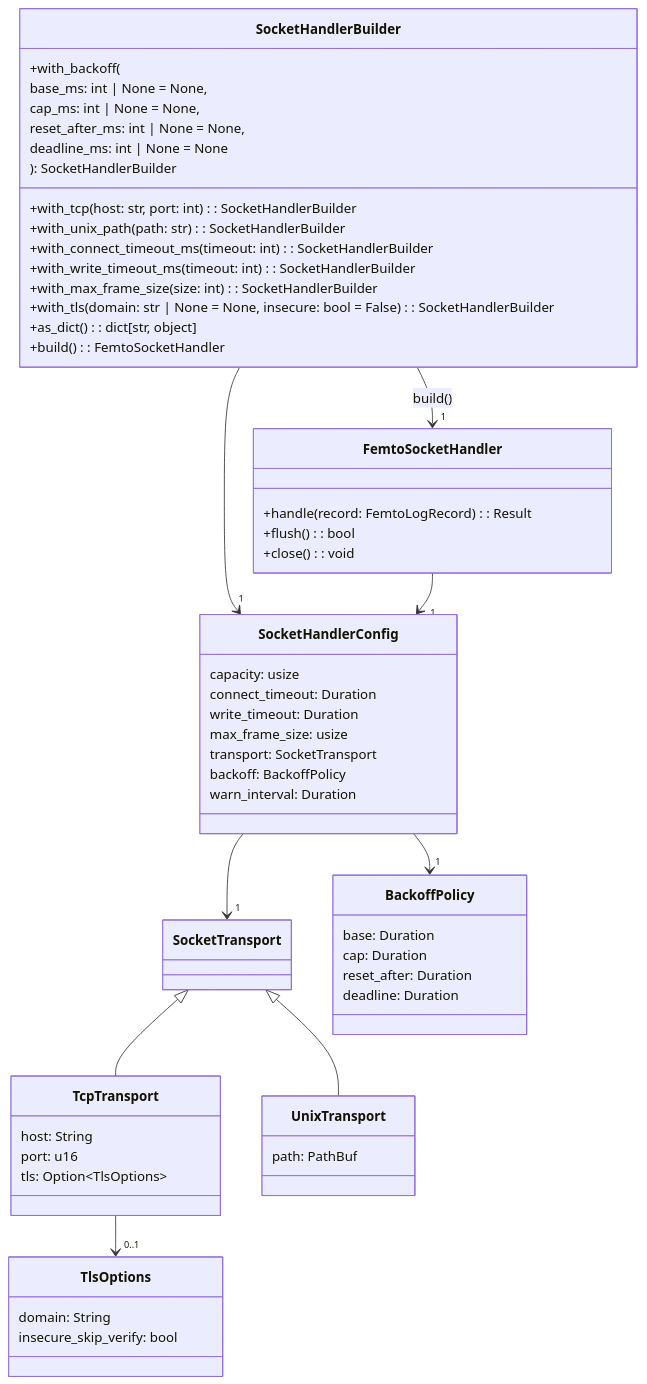
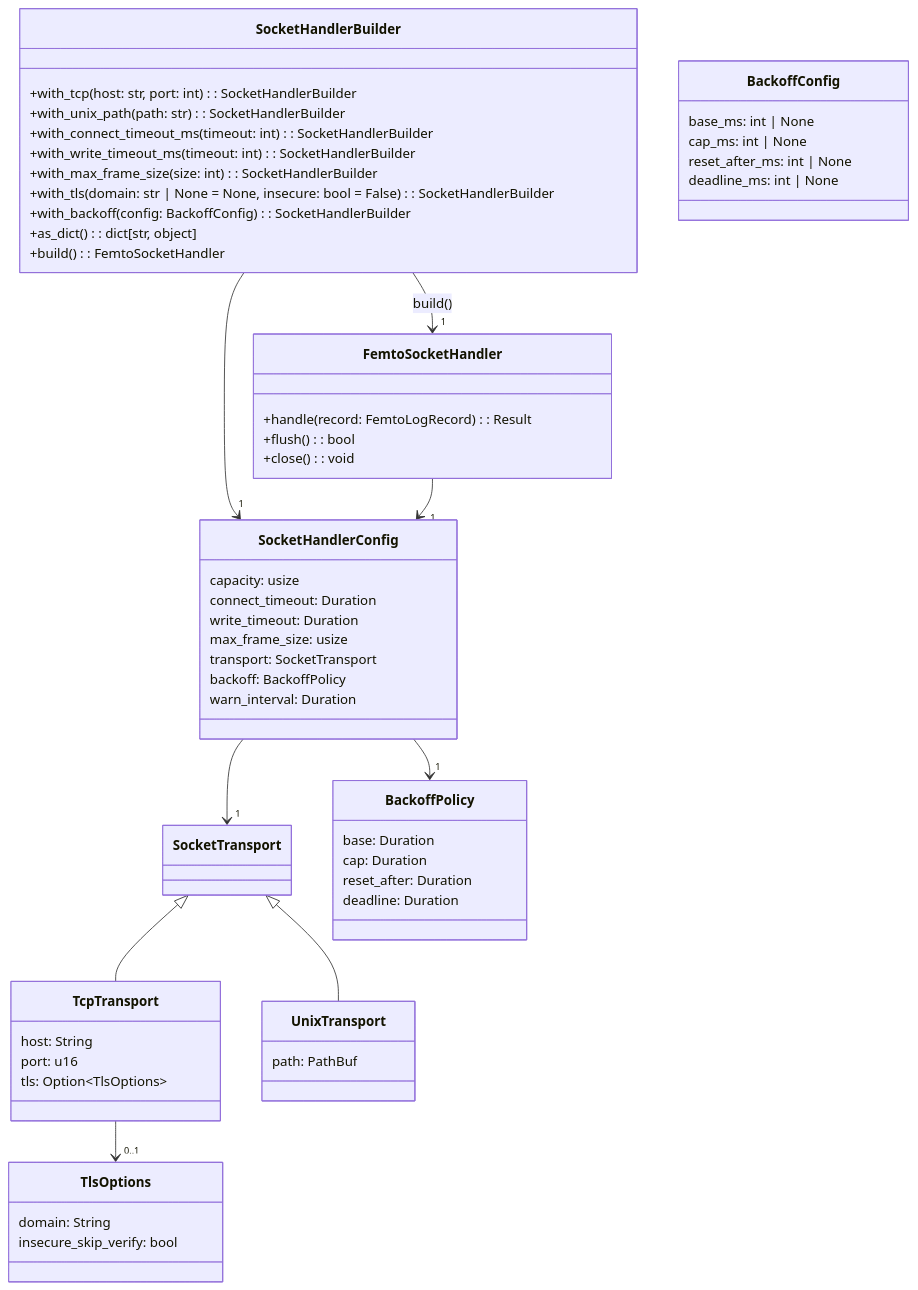
One commit to leynos/femtologging changed the first of 5 diagrams in docs/rust-multithreaded-logging-framework-for-python-design.md. Above: the diagram before and after it, drawn with Mermaid. The commit also changed other lines of this file and 32 other files, not shown here.

First line of the commit message:
Rust log bridge (log-compat) with BackoffConfig and Python bindings (#280)

````diff
--- a/docs/rust-multithreaded-logging-framework-for-python-design.md
+++ b/docs/rust-multithreaded-logging-framework-for-python-design.md
@@ -249,61 +249,62 @@
 ```mermaid
 classDiagram
     class SocketHandlerBuilder {
         +with_tcp(host: str, port: int): SocketHandlerBuilder
         +with_unix_path(path: str): SocketHandlerBuilder
         +with_connect_timeout_ms(timeout: int): SocketHandlerBuilder
         +with_write_timeout_ms(timeout: int): SocketHandlerBuilder
         +with_max_frame_size(size: int): SocketHandlerBuilder
         +with_tls(domain: str | None = None, insecure: bool = False): SocketHandlerBuilder
-        +with_backoff(
-            base_ms: int | None = None,
-            cap_ms: int | None = None,
-            reset_after_ms: int | None = None,
-            deadline_ms: int | None = None
-        ): SocketHandlerBuilder
+        +with_backoff(config: BackoffConfig): SocketHandlerBuilder
         +as_dict(): dict[str, object]
         +build(): FemtoSocketHandler
+    }
+    class BackoffConfig {
+        base_ms: int | None
+        cap_ms: int | None
+        reset_after_ms: int | None
+        deadline_ms: int | None
     }
     class FemtoSocketHandler {
         +handle(record: FemtoLogRecord): Result
         +flush(): bool
         +close(): void
     }
     class SocketHandlerConfig {
         capacity: usize
         connect_timeout: Duration
         write_timeout: Duration
         max_frame_size: usize
         transport: SocketTransport
         backoff: BackoffPolicy
         warn_interval: Duration
     }
     class SocketTransport {
     }
     class TcpTransport {
         host: String
         port: u16
         tls: Option~TlsOptions~
     }
     class UnixTransport {
         path: PathBuf
     }
     class TlsOptions {
         domain: String
         insecure_skip_verify: bool
     }
     class BackoffPolicy {
         base: Duration
         cap: Duration
         reset_after: Duration
         deadline: Duration
     }
     SocketHandlerBuilder --> "1" FemtoSocketHandler : build()
     SocketHandlerBuilder --> "1" SocketHandlerConfig
     SocketHandlerConfig --> "1" SocketTransport
     SocketTransport <|-- TcpTransport
     SocketTransport <|-- UnixTransport
     TcpTransport --> "0..1" TlsOptions
     SocketHandlerConfig --> "1" BackoffPolicy
     FemtoSocketHandler --> "1" SocketHandlerConfig
 ```
````
